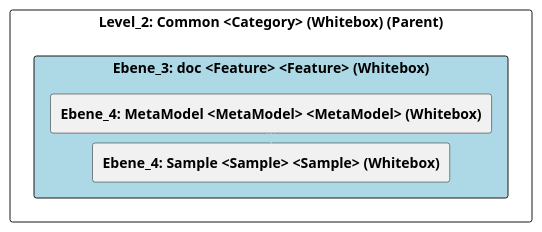
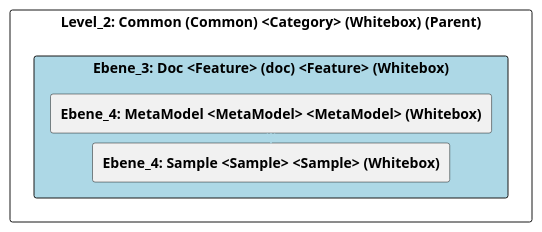
The diagram in doc/cleonproject_deliverables_architecture_model_architecture/adoc/de/05_bausteinsicht/cleon/common/doc/ebene_3_doc.adoc (marcozwyssig/cleon), drawn with PlantUML before and after one commit. The commit also changed other lines of this file and 166 other files, not shown here.

```diff
--- a/doc/cleonproject_deliverables_architecture_model_architecture/adoc/de/05_bausteinsicht/cleon/common/doc/ebene_3_doc.adoc
+++ b/doc/cleonproject_deliverables_architecture_model_architecture/adoc/de/05_bausteinsicht/cleon/common/doc/ebene_3_doc.adoc
@@ -20,28 +20,28 @@
-[plantuml, Ebene_3: doc <Feature> <Feature> (Whitebox)BlockOverview, format="svg"]
+[plantuml, Ebene_3: Doc <Feature> (doc) <Feature> (Whitebox)BlockOverview, format="svg"]
 ----
-@startuml Ebene_3: doc <Feature> <Feature> (Whitebox)BuildingBlockOverview
+@startuml Ebene_3: Doc <Feature> (doc) <Feature> (Whitebox)BuildingBlockOverview
 
 skinparam ranksep 10
 skinparam componentStyle rectangle
 skinparam shadowing false
 skinparam arrowColor lightblue
 skinparam arrowThickness 1.2
 skinparam rectangle {
   BackgroundColor White
   BorderColor #333
   RoundCorner 10
 }
 top to bottom direction
 
-component "Level_2: Common <Category> (Whitebox) (Parent)" {
-    component "Ebene_3: doc <Feature> <Feature> (Whitebox)" #lightblue {
+component "Level_2: Common (Common) <Category> (Whitebox) (Parent)" {
+    component "Ebene_3: Doc <Feature> (doc) <Feature> (Whitebox)" #lightblue {
         [**Ebene_4: MetaModel <MetaModel> <MetaModel> (Whitebox)**] as 4A570570_D579_11EE_903E_9F564E4DE07E
         [**Ebene_4: Sample <Sample> <Sample> (Whitebox)**] as 4A56DE4D_D579_11EE_903E_9F564E4DE07E
     }
 
     4A570570_D579_11EE_903E_9F564E4DE07E -down-> 4A56DE4D_D579_11EE_903E_9F564E4DE07E
     
 }
 
 @enduml
 ----
```
